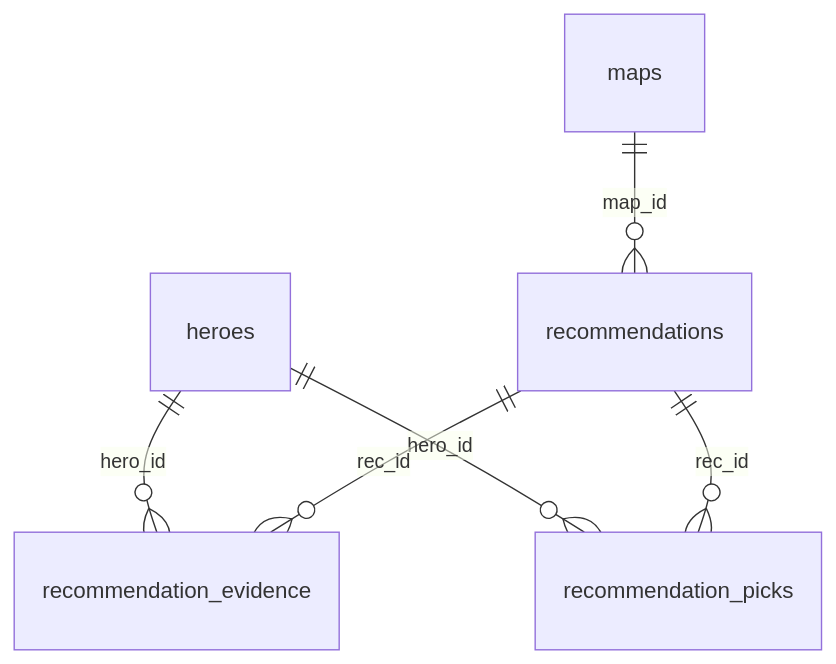
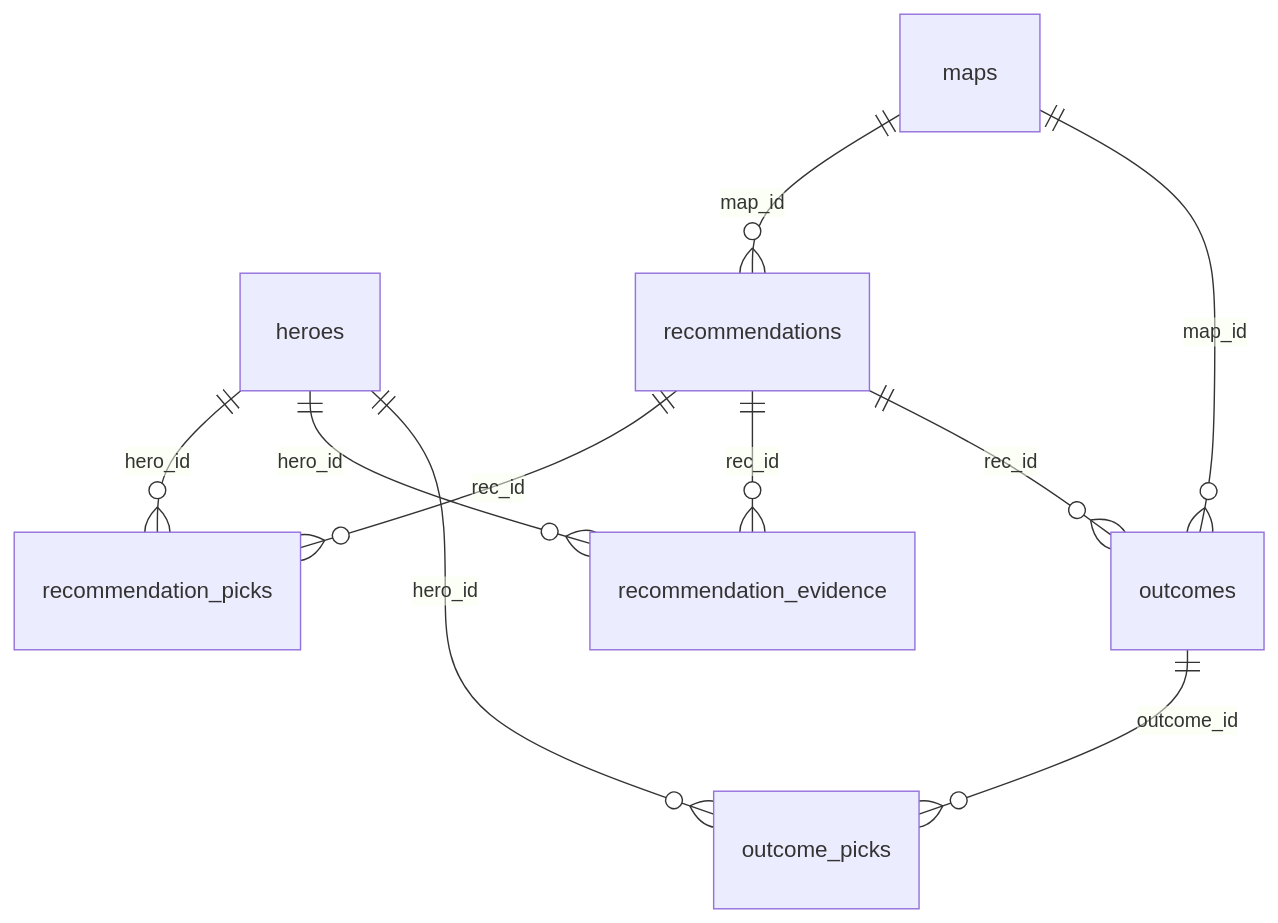
Before and after one commit to mmikol/counter-utility-matrix: the fifth of 6 diagrams in docs/erd.md, drawn with Mermaid. The commit also changed other lines of this file and 23 other files, not shown here.

First line of the commit message:
The feedback loop: outcomes, tuning, fitting; stack.py and the up/tune/outcome skills

````diff
--- a/docs/erd.md
+++ b/docs/erd.md
@@ -89,8 +89,12 @@
 ```mermaid
 erDiagram
+    heroes ||--o{ outcome_picks : "hero_id"
     heroes ||--o{ recommendation_evidence : "hero_id"
     heroes ||--o{ recommendation_picks : "hero_id"
+    maps ||--o{ outcomes : "map_id"
     maps ||--o{ recommendations : "map_id"
+    outcomes ||--o{ outcome_picks : "outcome_id"
+    recommendations ||--o{ outcomes : "rec_id"
     recommendations ||--o{ recommendation_evidence : "rec_id"
     recommendations ||--o{ recommendation_picks : "rec_id"
 ```
````
